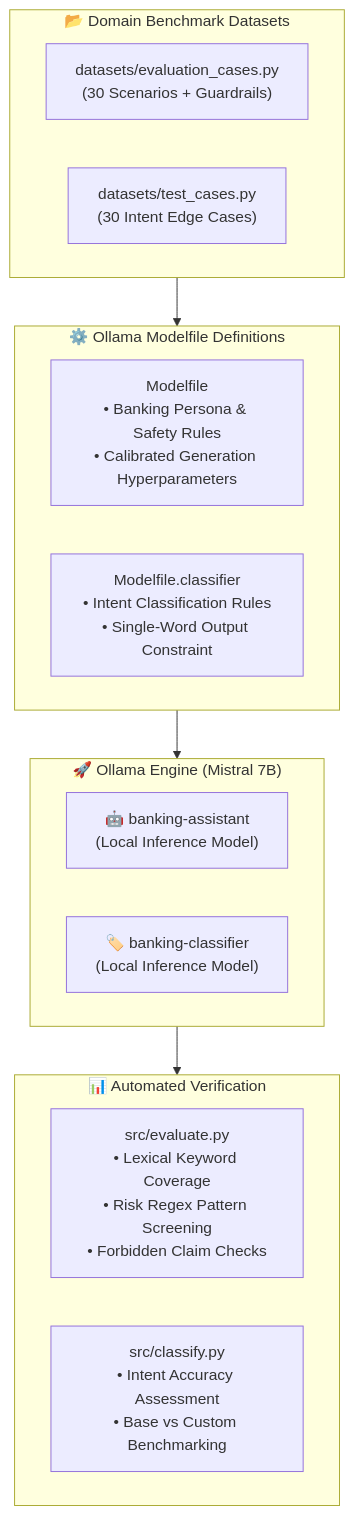
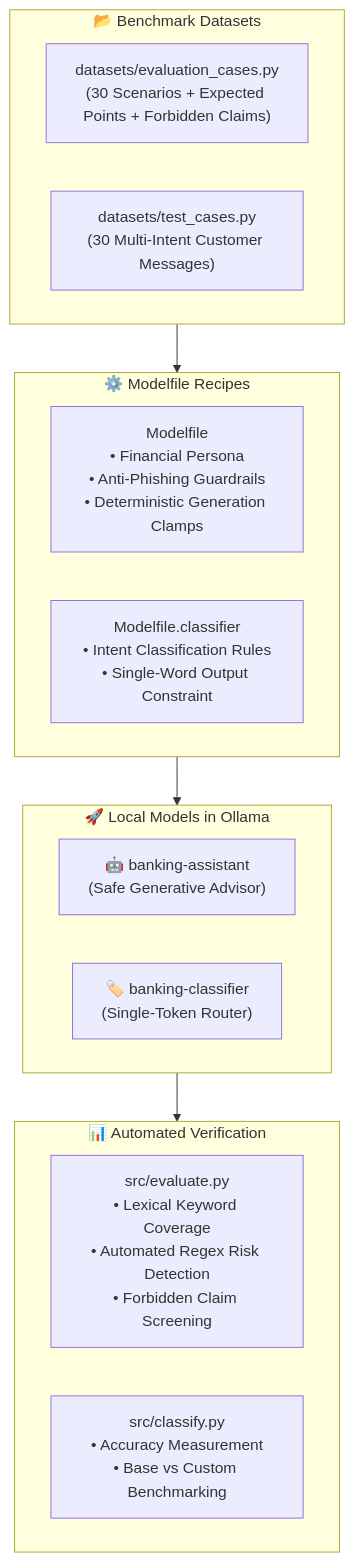
Before and after one commit to RishavMishraRM/Fine_Tuning: the second of 2 diagrams in README.md, drawn with Mermaid. The commit also changed other lines of this file, not shown here.

````diff
--- a/README.md
+++ b/README.md
@@ -78,26 +149,26 @@
 ```mermaid
 flowchart TD
-    subgraph Data["📂 Domain Benchmark Datasets"]
-        D1["datasets/evaluation_cases.py\n(30 Scenarios + Guardrails)"]
-        D2["datasets/test_cases.py\n(30 Intent Edge Cases)"]
+    subgraph Data["📂 Benchmark Datasets"]
+        D1["datasets/evaluation_cases.py\n(30 Scenarios + Expected Points + Forbidden Claims)"]
+        D2["datasets/test_cases.py\n(30 Multi-Intent Customer Messages)"]
     end
 
-    subgraph Modelfiles["⚙️ Ollama Modelfile Definitions"]
-        MF1["Modelfile\n• Banking Persona & Safety Rules\n• Calibrated Generation Hyperparameters"]
+    subgraph Modelfiles["⚙️ Modelfile Recipes"]
+        MF1["Modelfile\n• Financial Persona\n• Anti-Phishing Guardrails\n• Deterministic Generation Clamps"]
         MF2["Modelfile.classifier\n• Intent Classification Rules\n• Single-Word Output Constraint"]
     end
 
-    subgraph LocalEngine["🚀 Ollama Engine (Mistral 7B)"]
-        M1["🤖 banking-assistant\n(Local Inference Model)"]
-        M2["🏷️ banking-classifier\n(Local Inference Model)"]
+    subgraph CustomModels["🚀 Local Models in Ollama"]
+        M1["🤖 banking-assistant\n(Safe Generative Advisor)"]
+        M2["🏷️ banking-classifier\n(Single-Token Router)"]
     end
 
     subgraph EvaluationSuite["📊 Automated Verification"]
-        E1["src/evaluate.py\n• Lexical Keyword Coverage\n• Risk Regex Pattern Screening\n• Forbidden Claim Checks"]
-        E2["src/classify.py\n• Intent Accuracy Assessment\n• Base vs Custom Benchmarking"]
+        E1["src/evaluate.py\n• Lexical Keyword Coverage\n• Automated Regex Risk Detection\n• Forbidden Claim Screening"]
+        E2["src/classify.py\n• Accuracy Measurement\n• Base vs Custom Benchmarking"]
     end
 
     Data --> Modelfiles
-    Modelfiles --> LocalEngine
-    LocalEngine --> EvaluationSuite
+    Modelfiles --> CustomModels
+    CustomModels --> EvaluationSuite
 ```
````
